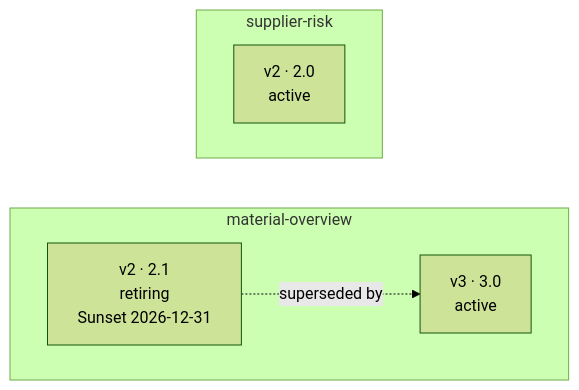
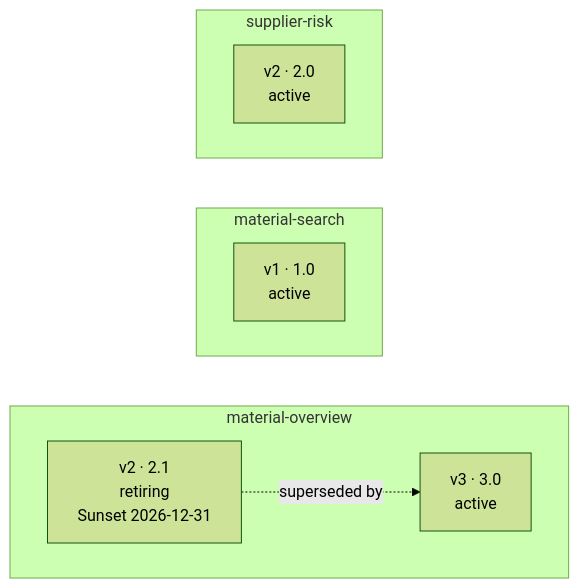
One commit to PlongoDongo/material_management_dashboard changed the second of 3 diagrams in docs/architecture.md. Above: the diagram before and after it, drawn with Mermaid (forest theme). The commit also changed other lines of this file and 39 other files, not shown here.

````diff
--- a/docs/architecture.md
+++ b/docs/architecture.md
@@ -59,13 +63,17 @@
 ```mermaid
 flowchart LR
   subgraph f_material_overview["material-overview"]
     direction LR
     v_material_overview_2["v2 · 2.1<br/>retiring<br/>Sunset 2026-12-31"]
     v_material_overview_3["v3 · 3.0<br/>active"]
     v_material_overview_2 -.->|superseded by| v_material_overview_3
   end
+  subgraph f_material_search["material-search"]
+    direction LR
+    v_material_search_1["v1 · 1.0<br/>active"]
+  end
   subgraph f_supplier_risk["supplier-risk"]
     direction LR
     v_supplier_risk_2["v2 · 2.0<br/>active"]
   end
 ```
````
